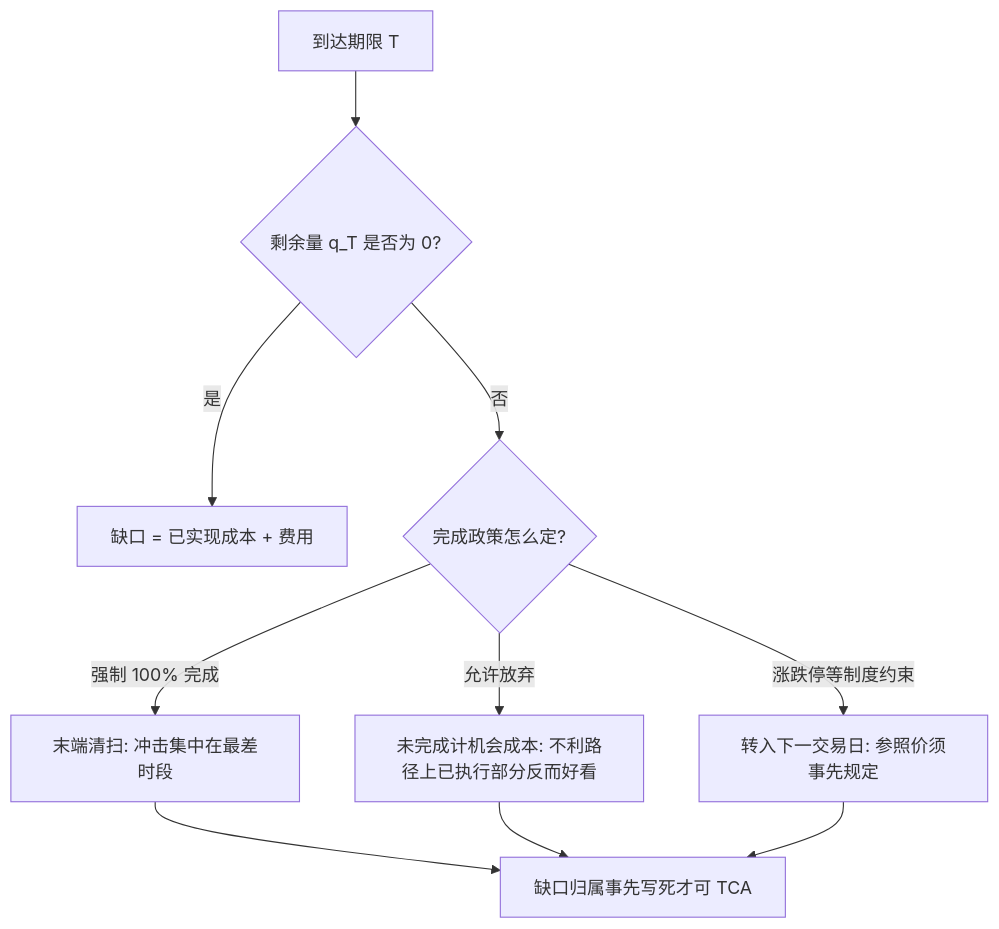
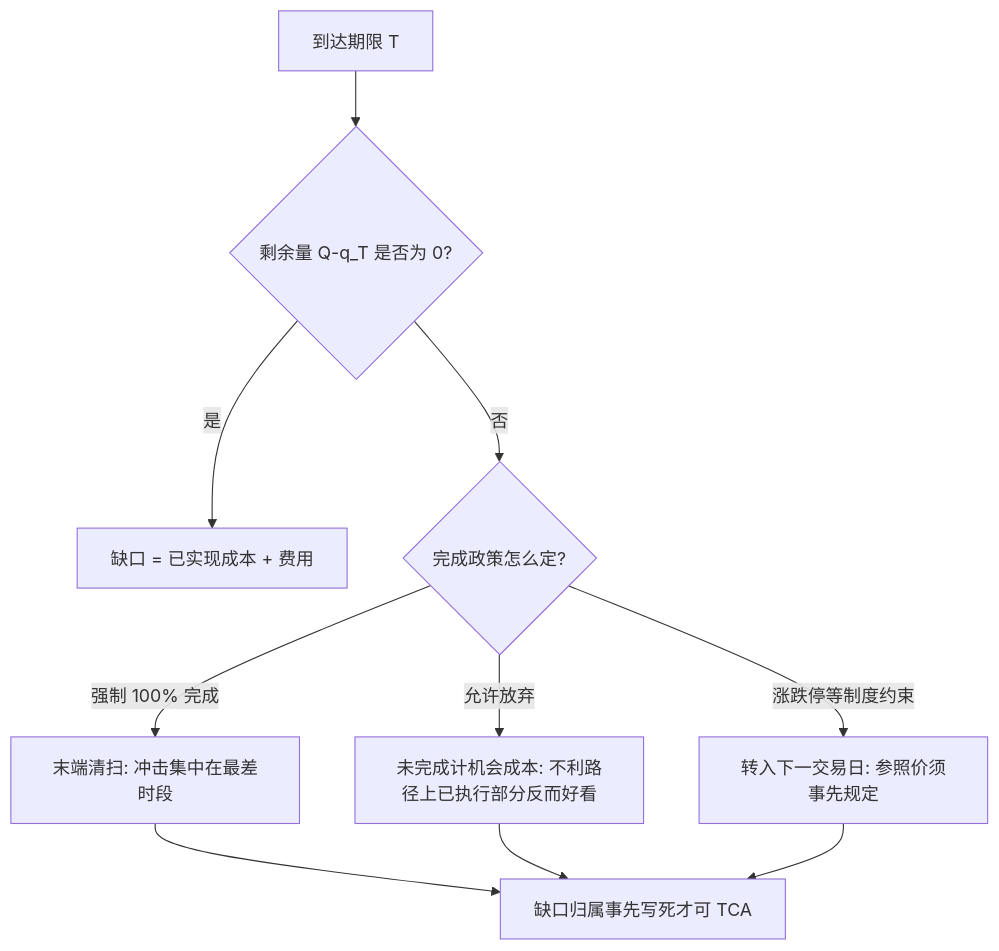
The first of 2 diagrams in docs/quant/arrival-price.md (xhongduo-tech/xhongduo-tech.github.io), drawn with Mermaid before and after one commit. The commit also changed 2 other files, not shown here.

Commit message:
Content review quant-121: fix GLFT optimal distance (drop spurious 1/kappa), arrival-price IS term, ES subadditivity example to 10.2.

````diff
--- a/docs/quant/arrival-price.md
+++ b/docs/quant/arrival-price.md
@@ -71,12 +71,12 @@
 ```mermaid
 flowchart TD
-  T["到达期限 T"] --> CHK{"剩余量 q_T 是否为 0?"}
+  T["到达期限 T"] --> CHK{"剩余量 Q-q_T 是否为 0?"}
   CHK -->|"是"| DONE["缺口 = 已实现成本 + 费用"]
   CHK -->|"否"| POL{"完成政策怎么定?"}
   POL -->|"强制 100% 完成"| SWEEP["末端清扫: 冲击集中在最差时段"]
   POL -->|"允许放弃"| GIVE["未完成计机会成本: 不利路径上已执行部分反而好看"]
   POL -->|"涨跌停等制度约束"| NEXT["转入下一交易日: 参照价须事先规定"]
   SWEEP --> OWN["缺口归属事先写死才可 TCA"]
   GIVE --> OWN
   NEXT --> OWN
 ```
````
